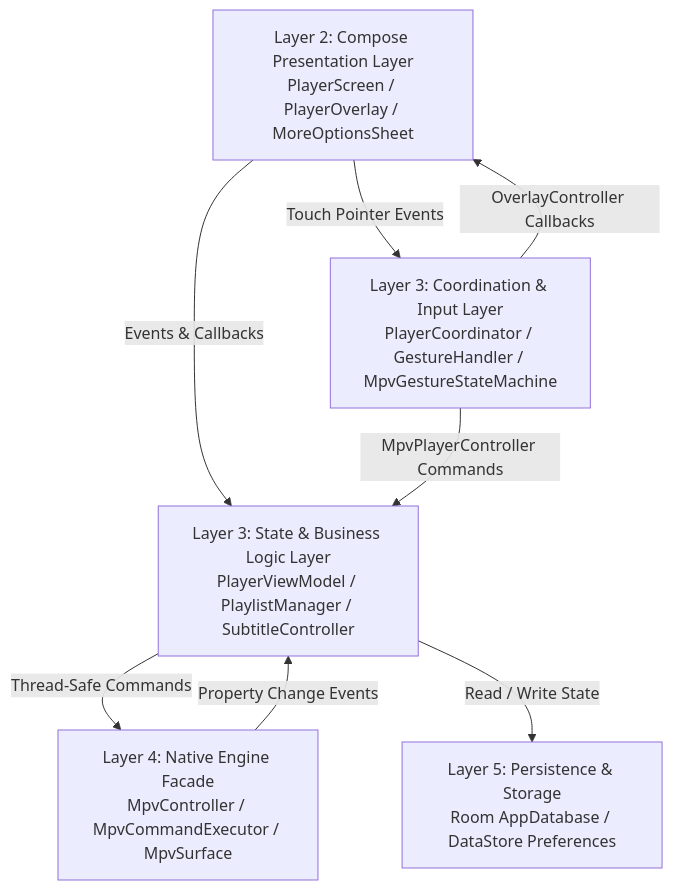
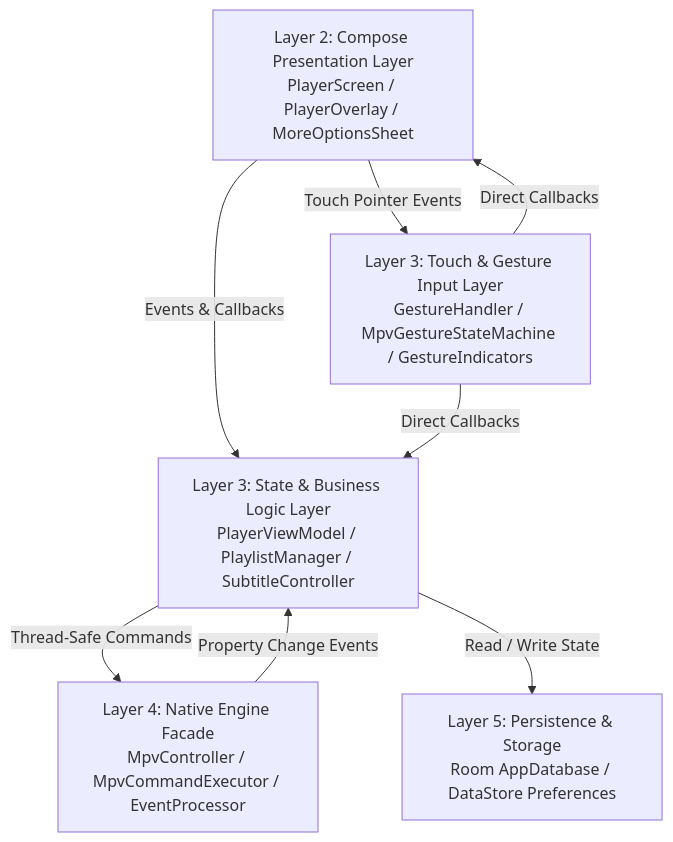
Before and after one commit to tapman104/potato-diff-v3: the first of 2 diagrams in map.md, drawn with Mermaid. The commit also changed other lines of this file and 4 other files, not shown here.

Commit message:
feat: implement EventProcessor for throttled playback tracking and refactor architecture by removing PlayerCoordinator

````diff
--- a/map.md
+++ b/map.md
@@ -155,16 +155,16 @@
 ```mermaid
 graph TD
     UI[Layer 2: Compose Presentation Layer<br>PlayerScreen / PlayerOverlay / MoreOptionsSheet]
-    COORD[Layer 3: Coordination & Input Layer<br>PlayerCoordinator / GestureHandler / MpvGestureStateMachine]
+    GESTURE[Layer 3: Touch & Gesture Input Layer<br>GestureHandler / MpvGestureStateMachine / GestureIndicators]
     VM[Layer 3: State & Business Logic Layer<br>PlayerViewModel / PlaylistManager / SubtitleController]
-    ENGINE[Layer 4: Native Engine Facade<br>MpvController / MpvCommandExecutor / MpvSurface]
+    ENGINE[Layer 4: Native Engine Facade<br>MpvController / MpvCommandExecutor / EventProcessor]
     DB[Layer 5: Persistence & Storage<br>Room AppDatabase / DataStore Preferences]
 
     UI -->|Events & Callbacks| VM
-    UI -->|Touch Pointer Events| COORD
-    COORD -->|MpvPlayerController Commands| VM
-    COORD -->|OverlayController Callbacks| UI
+    UI -->|Touch Pointer Events| GESTURE
+    GESTURE -->|Direct Callbacks| UI
+    GESTURE -->|Direct Callbacks| VM
     VM -->|Thread-Safe Commands| ENGINE
     VM -->|Read / Write State| DB
     ENGINE -->|Property Change Events| VM
 ```
````
